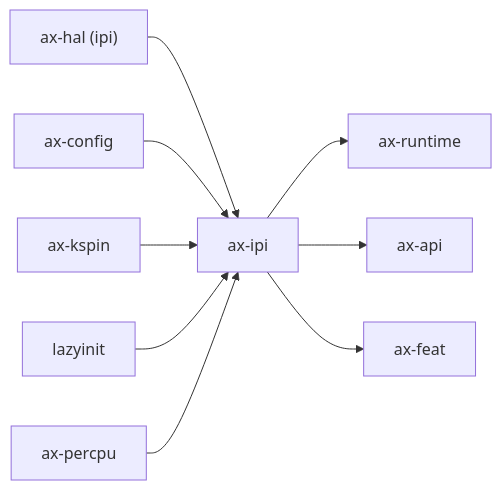
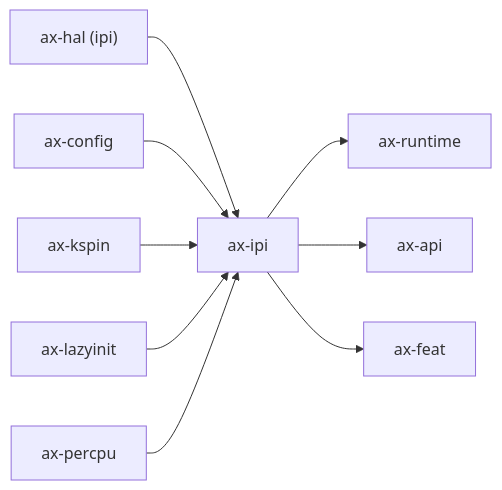
One commit to zKurisu/tgoskits changed the second of 2 diagrams in docs/crates/ax-ipi.md. Above: the diagram before and after it, drawn with Mermaid. The commit also changed other lines of this file and 72 other files, not shown here.

````diff
--- a/docs/crates/ax-ipi.md
+++ b/docs/crates/ax-ipi.md
@@ -77,12 +77,12 @@
 ```mermaid
 graph LR
     ax-hal["ax-hal (ipi)"] --> ax-ipi["ax-ipi"]
     axconfig["ax-config"] --> ax-ipi
     ax_kspin["ax-kspin"] --> ax-ipi
-    lazyinit["lazyinit"] --> ax-ipi
+    ax_lazyinit["ax-lazyinit"] --> ax-ipi
     ax-percpu["ax-percpu"] --> ax-ipi
 
     ax-ipi --> ax-runtime["ax-runtime"]
     ax-ipi --> ax-api["ax-api"]
     ax-ipi --> ax-feat["ax-feat"]
 ```
````
